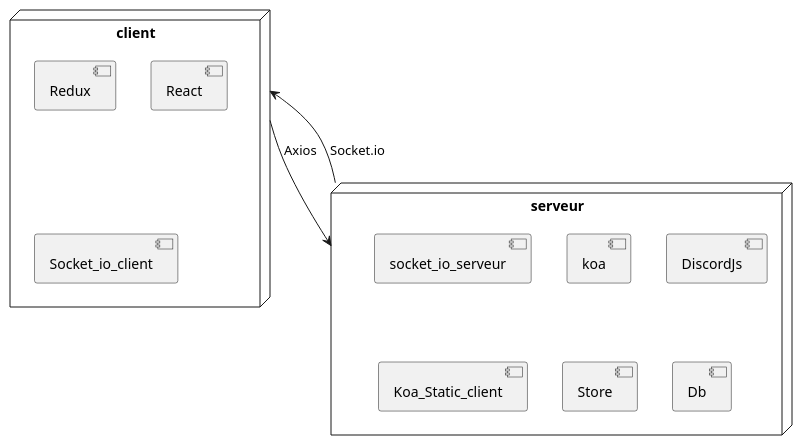
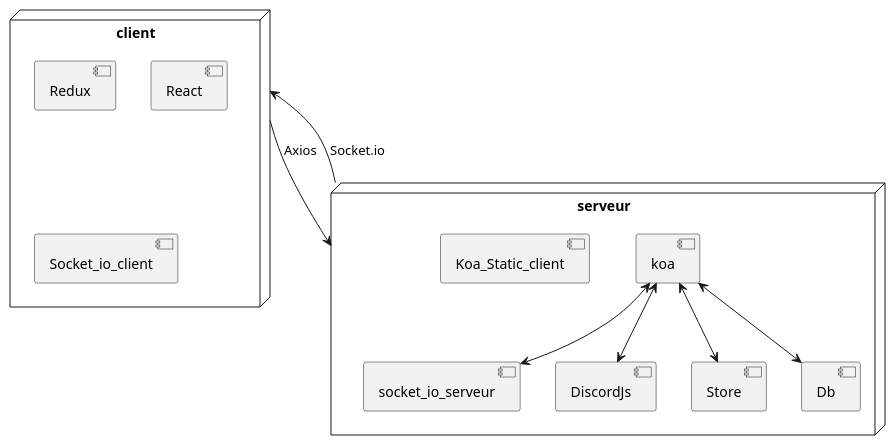
Before and after one commit to batleforc/UnlabeledProject: the diagram in Annalyse/v1_infra.puml, drawn with PlantUML. The commit also changed 2 other files, not shown here.

Commit message:
[add] start and end uml

```diff
--- a/Annalyse/v1_infra.puml
+++ b/Annalyse/v1_infra.puml
@@ -1,17 +1,25 @@
+@startuml v1 infra
 node client{
   component Redux
   component React
   component Socket_io_client
 }
 
 node serveur{
   component socket_io_serveur
   component koa
   component DiscordJs
   component Koa_Static_client
   component Store
   component Db
 }
 
+koa <--> socket_io_serveur
+koa <--> DiscordJs
+koa <--> Store
+koa <--> Db
+
 client --> serveur : Axios
 serveur --> client : Socket.io
+
+@enduml
```
